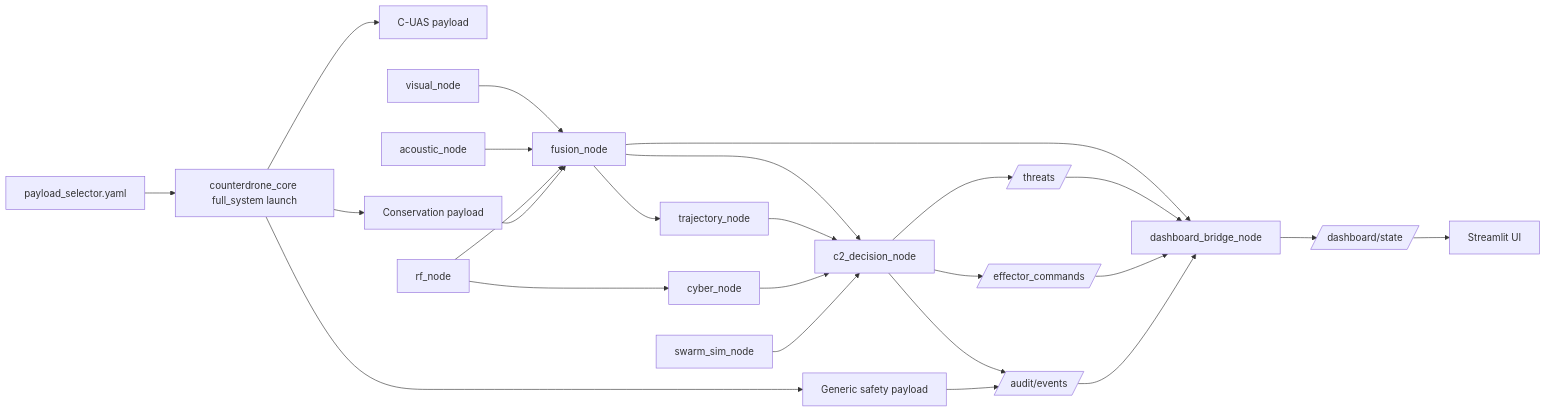
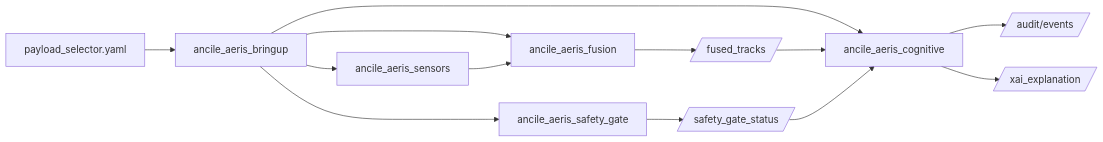
The diagram in docs/ARCHITECTURE.md (FratresMedAI/Ancile-Aeris), drawn with Mermaid before and after one commit. The commit also changed other lines of this file and 233 other files, not shown here.

Commit message:
Full rebrand to Ancile Aeris v2.0 - Property of Fratres X AI - Complete 21-capability system

````diff
--- a/docs/ARCHITECTURE.md
+++ b/docs/ARCHITECTURE.md
@@ -3,30 +3,15 @@
 ```mermaid
 flowchart LR
-  PS[payload_selector.yaml] --> LS[counterdrone_core full_system launch]
-  LS --> CUAS[C-UAS payload]
-  LS --> CONS[Conservation payload]
-  LS --> GEN[Generic safety payload]
-  V[visual_node] --> F[fusion_node]
-  A[acoustic_node] --> F
-  R[rf_node] --> F
-  R --> CY[cyber_node]
-
-  F --> T[trajectory_node]
-  F --> C2[c2_decision_node]
-  T --> C2
-  CY --> C2
-  SIM[swarm_sim_node] --> C2
-
-  C2 --> TH[/threats/]
-  C2 --> EC[/effector_commands/]
-  C2 --> AU[/audit/events/]
-
-  F --> DB[dashboard_bridge_node]
-  TH --> DB
-  EC --> DB
-  AU --> DB
-  DB --> DS[/dashboard/state/]
-  DS --> ST[Streamlit UI]
-  GEN --> AU
-  CONS --> F
+  payloadSelector[payload_selector.yaml] --> bringup[ancile_aeris_bringup]
+  bringup --> sensors[ancile_aeris_sensors]
+  bringup --> fusion[ancile_aeris_fusion]
+  bringup --> safetyGate[ancile_aeris_safety_gate]
+  bringup --> cognitiveLayer[ancile_aeris_cognitive]
+  sensors --> fusion
+  fusion --> fusedTracks[/fused_tracks/]
+  fusedTracks --> cognitiveLayer
+  safetyGate --> safetyStatus[/safety_gate_status/]
+  safetyStatus --> cognitiveLayer
+  cognitiveLayer --> audit[/audit/events/]
+  cognitiveLayer --> xai[/xai_explanation/]
 ```
````
